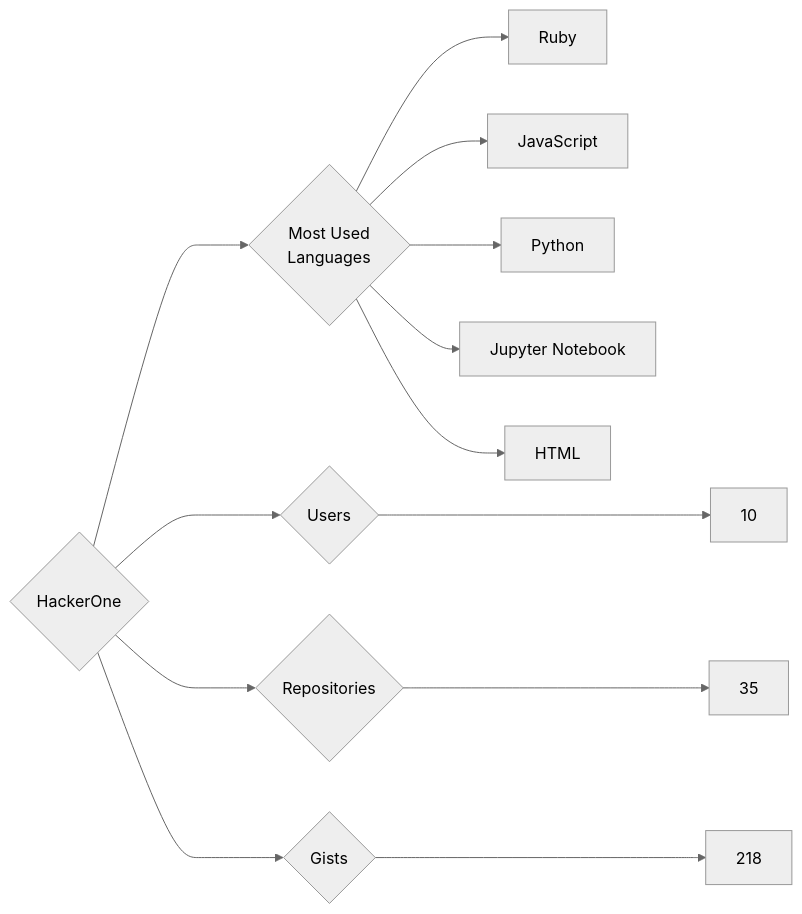
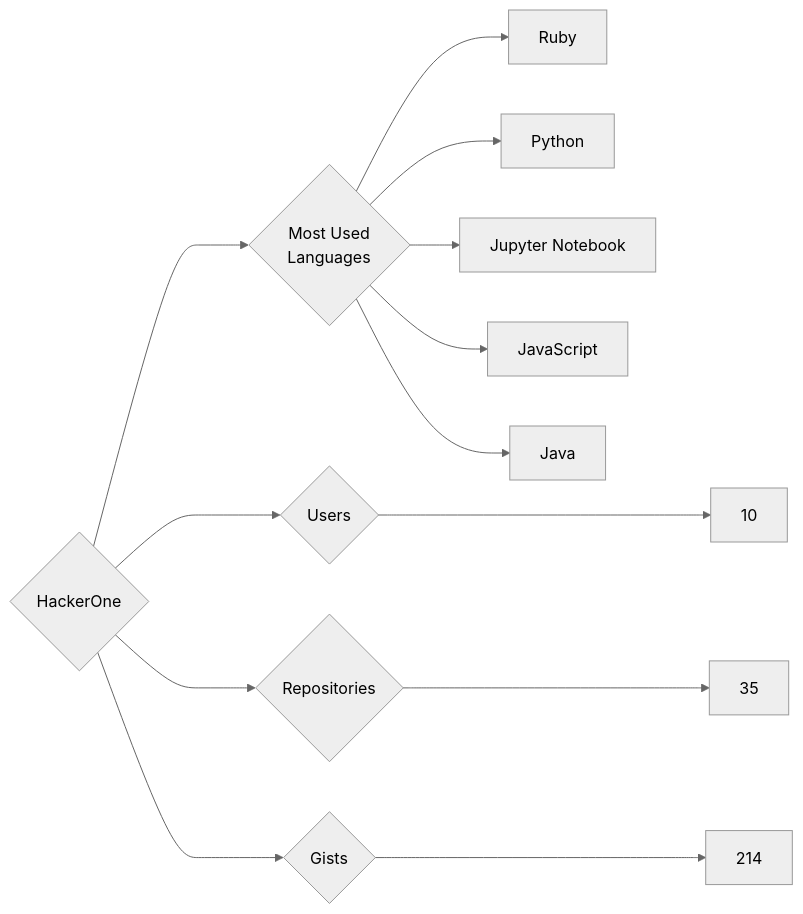
One commit to trickest/insiders changed the diagram in targets/HackerOne/README.md. Above: the diagram before and after it, drawn with Mermaid (neutral theme). The commit also changed 1055 other files, not shown here.

````diff
--- a/targets/HackerOne/README.md
+++ b/targets/HackerOne/README.md
@@ -3,13 +3,13 @@
 ```mermaid
 graph LR
 COMPANY_NAME{HackerOne}
 COMPANY_NAME ---> U{Users} ---> UN[10]
 COMPANY_NAME ---> R{Repositories} ---> RN[35]
-COMPANY_NAME ---> G{Gists} ---> GN[218]
+COMPANY_NAME ---> G{Gists} ---> GN[214]
 COMPANY_NAME ---> ML{Most Used<br>Languages}
 ML --> Ruby[Ruby]
-ML --> JavaScript[JavaScript]
 ML --> Python[Python]
 ML --> Jupyter_Notebook[Jupyter Notebook]
-ML --> HTML[HTML]
+ML --> JavaScript[JavaScript]
+ML --> Java[Java]
 ```
````
